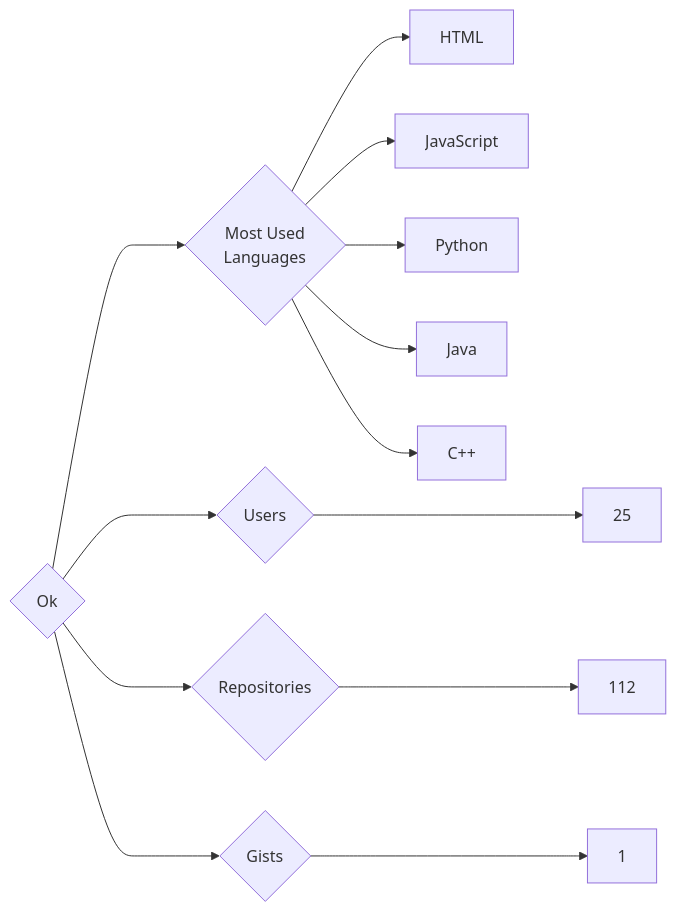
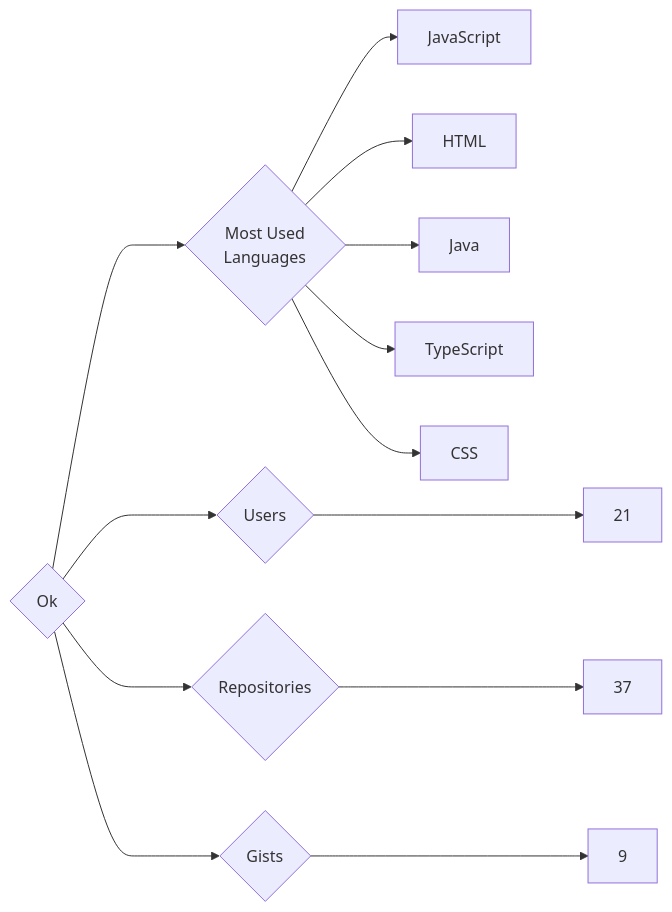
Before and after one commit to trickest/insiders: the diagram in targets/Ok/README.md, drawn with Mermaid. The commit also changed 965 other files, not shown here.

````diff
--- a/targets/Ok/README.md
+++ b/targets/Ok/README.md
@@ -3,13 +3,13 @@
 ```mermaid
 graph LR
 COMPANY_NAME{Ok}
-COMPANY_NAME ---> U{Users} ---> UN[25]
-COMPANY_NAME ---> R{Repositories} ---> RN[112]
-COMPANY_NAME ---> G{Gists} ---> GN[1]
+COMPANY_NAME ---> U{Users} ---> UN[21]
+COMPANY_NAME ---> R{Repositories} ---> RN[37]
+COMPANY_NAME ---> G{Gists} ---> GN[9]
 COMPANY_NAME ---> ML{Most Used<br>Languages}
+ML --> JavaScript[JavaScript]
 ML --> HTML[HTML]
-ML --> JavaScript[JavaScript]
-ML --> Python[Python]
 ML --> Java[Java]
-ML --> C++[C++]
+ML --> TypeScript[TypeScript]
+ML --> CSS[CSS]
 ```
````
